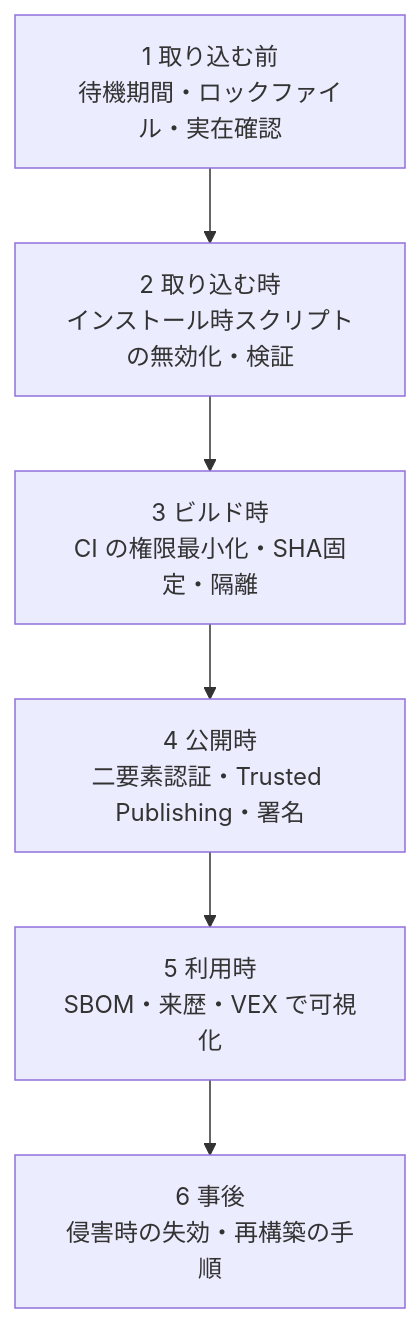
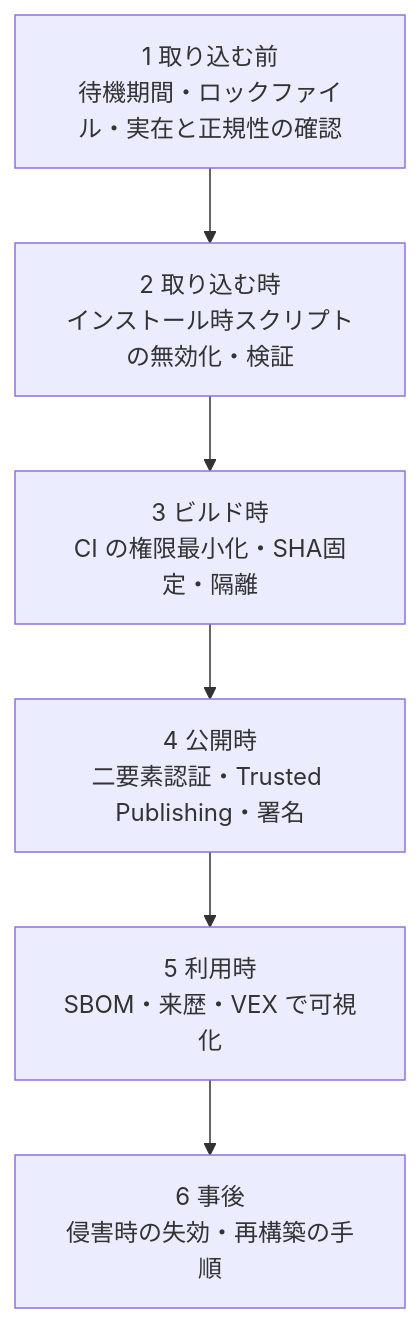
One commit to myoshi2891/Security_Studies changed the eighth of 11 diagrams in Software-security-complete-guide-2026-11.md. Above: the diagram before and after it, drawn with Mermaid. The commit also changed other lines of this file, not shown here.

Commit message:
docs(software-security): clarify CRA reporting deadlines, NIST IR 8547 PQC timeline, and phishing-resistant MFA

````diff
--- a/Software-security-complete-guide-2026-11.md
+++ b/Software-security-complete-guide-2026-11.md
@@ -627,8 +634,8 @@
 ```mermaid
 flowchart TD
-    L1["1 取り込む前<br/>待機期間・ロックファイル・実在確認"] --> L2["2 取り込む時<br/>インストール時スクリプトの無効化・検証"]
+    L1["1 取り込む前<br/>待機期間・ロックファイル・実在と正規性の確認"] --> L2["2 取り込む時<br/>インストール時スクリプトの無効化・検証"]
     L2 --> L3["3 ビルド時<br/>CI の権限最小化・SHA固定・隔離"]
     L3 --> L4["4 公開時<br/>二要素認証・Trusted Publishing・署名"]
     L4 --> L5["5 利用時<br/>SBOM・来歴・VEX で可視化"]
     L5 --> L6["6 事後<br/>侵害時の失効・再構築の手順"]
 ```
````
